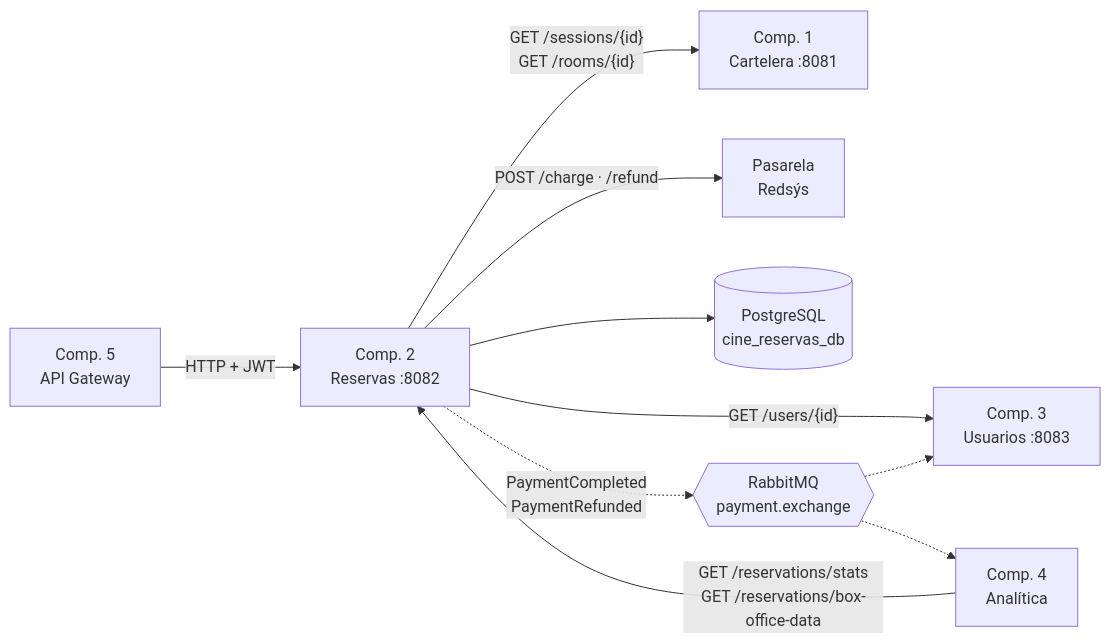
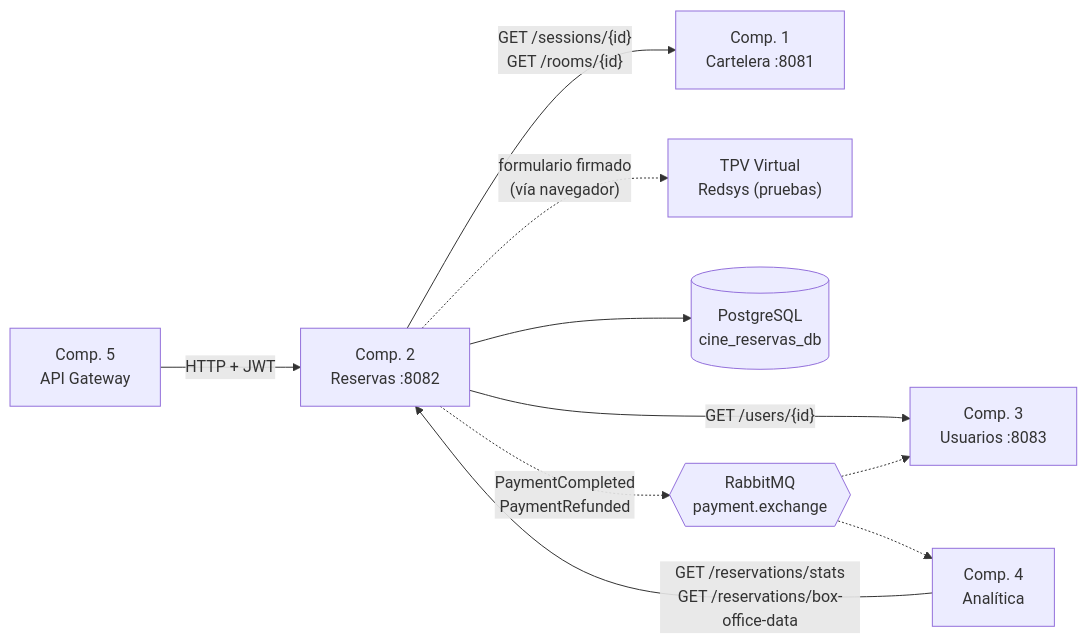
One commit to Sofia-PL/GB05-cinASEE-Sofia changed the first of 3 diagrams in componente2-reservas/docs/README.md. Above: the diagram before and after it, drawn with Mermaid. The commit also changed other lines of this file and 30 other files, not shown here.

````diff
--- a/componente2-reservas/docs/README.md
+++ b/componente2-reservas/docs/README.md
@@ -24,12 +24,12 @@
 ```mermaid
 flowchart LR
     GW["Comp. 5<br/>API Gateway"] -->|"HTTP + JWT"| C2["Comp. 2<br/>Reservas :8082"]
     C2 -->|"GET /sessions/{id}<br/>GET /rooms/{id}"| C1["Comp. 1<br/>Cartelera :8081"]
     C2 -->|"GET /users/{id}"| C3["Comp. 3<br/>Usuarios :8083"]
-    C2 -->|"POST /charge · /refund"| PAY["Pasarela<br/>Redsýs"]
+    C2 -.->|"formulario firmado<br/>(vía navegador)"| PAY["TPV Virtual<br/>Redsys (pruebas)"]
     C2 --> DB[("PostgreSQL<br/>cine_reservas_db")]
     C2 -.->|"PaymentCompleted<br/>PaymentRefunded"| MQ{{"RabbitMQ<br/>payment.exchange"}}
     MQ -.-> C3
     MQ -.-> C4["Comp. 4<br/>Analítica"]
     C4 -->|"GET /reservations/stats<br/>GET /reservations/box-office-data"| C2
 ```
````
